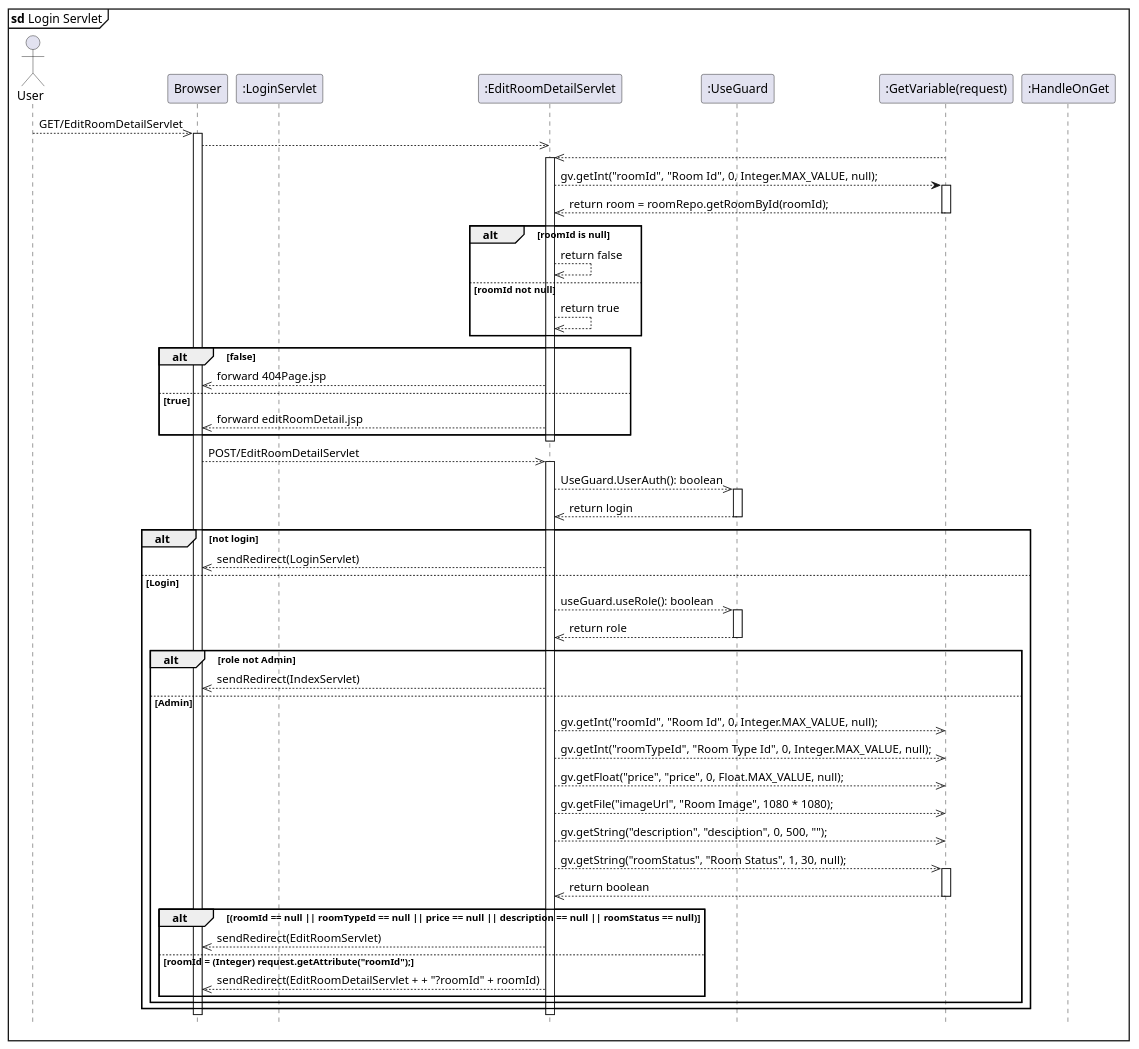
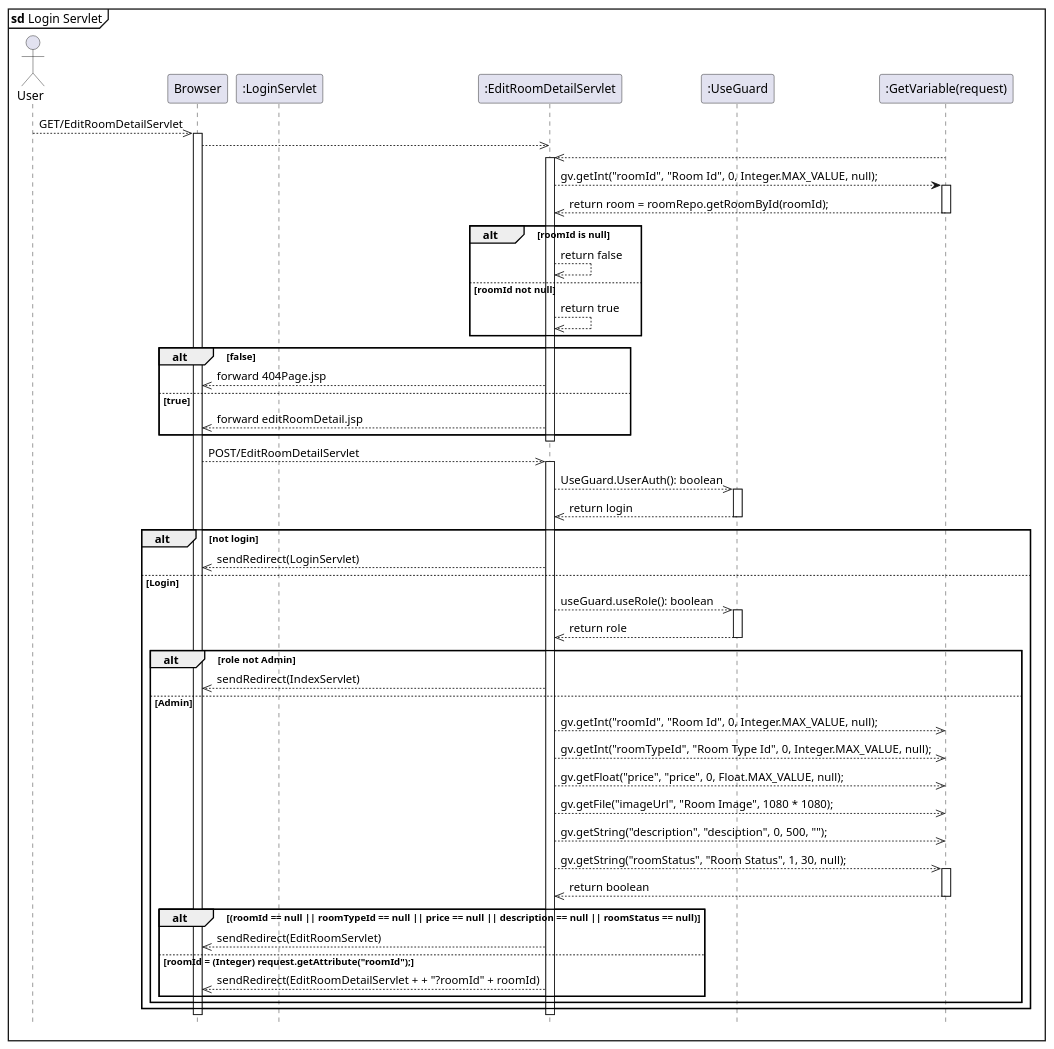
Before and after one commit to kainesv86/HKCBooking: the diagram in diagram/EditRoomDetailServlet.puml, drawn with PlantUML. The commit also changed 1 other file, not shown here.

Commit message:
RemoveCartItem diagram

```diff
--- a/diagram/EditRoomDetailServlet.puml
+++ b/diagram/EditRoomDetailServlet.puml
@@ -1,69 +1,69 @@
 hide footbox
 mainframe <b>sd</b> Login Servlet
 actor User
 participant "Browser" as Browser
 participant ":LoginServlet" as LoginServlet
 participant ":EditRoomDetailServlet" as EditRoomDetailServlet 
 participant ":UseGuard" as UseGuard
 participant ":GetVariable(request)" as GetVariable
-participant ":HandleOnGet" as HandleOnGet
+
 
 User -->> Browser: GET/EditRoomDetailServlet
 activate Browser
     Browser -->> EditRoomDetailServlet:
     
     GetVariable -->> EditRoomDetailServlet
     activate EditRoomDetailServlet
     
     EditRoomDetailServlet --> GetVariable: gv.getInt("roomId", "Room Id", 0, Integer.MAX_VALUE, null);
     activate GetVariable
         GetVariable -->> EditRoomDetailServlet: return room = roomRepo.getRoomById(roomId);
     deactivate GetVariable
     alt roomId is null
         EditRoomDetailServlet -->> EditRoomDetailServlet: return false
     else roomId not null
         EditRoomDetailServlet -->> EditRoomDetailServlet: return true
     end
     alt false
         EditRoomDetailServlet -->> Browser: forward 404Page.jsp
     else true
         EditRoomDetailServlet -->> Browser: forward editRoomDetail.jsp
     end
     deactivate EditRoomDetailServlet
 
 Browser -->> EditRoomDetailServlet: POST/EditRoomDetailServlet
     activate EditRoomDetailServlet
     EditRoomDetailServlet -->> UseGuard: UseGuard.UserAuth(): boolean
     activate UseGuard
         UseGuard -->> EditRoomDetailServlet: return login
     deactivate UseGuard
     alt not login
         EditRoomDetailServlet -->> Browser: sendRedirect(LoginServlet)
     else Login
     EditRoomDetailServlet -->> UseGuard: useGuard.useRole(): boolean
         activate UseGuard
         UseGuard -->> EditRoomDetailServlet: return role
         deactivate UseGuard
         alt role not Admin
             EditRoomDetailServlet -->> Browser: sendRedirect(IndexServlet)
         else Admin
             EditRoomDetailServlet -->> GetVariable: gv.getInt("roomId", "Room Id", 0, Integer.MAX_VALUE, null);
             EditRoomDetailServlet -->> GetVariable: gv.getInt("roomTypeId", "Room Type Id", 0, Integer.MAX_VALUE, null);
             EditRoomDetailServlet -->> GetVariable: gv.getFloat("price", "price", 0, Float.MAX_VALUE, null);
             EditRoomDetailServlet -->> GetVariable: gv.getFile("imageUrl", "Room Image", 1080 * 1080);
             EditRoomDetailServlet -->> GetVariable: gv.getString("description", "desciption", 0, 500, "");
             EditRoomDetailServlet -->> GetVariable: gv.getString("roomStatus", "Room Status", 1, 30, null);
             activate GetVariable
                 GetVariable -->> EditRoomDetailServlet: return boolean
             deactivate GetVariable
             alt (roomId == null || roomTypeId == null || price == null || description == null || roomStatus == null)
                 EditRoomDetailServlet -->> Browser: sendRedirect(EditRoomServlet)
             else roomId = (Integer) request.getAttribute("roomId");
                 
                 EditRoomDetailServlet -->> Browser:sendRedirect(EditRoomDetailServlet + + "?roomId" + roomId)
 
             end
         end
     end
     deactivate EditRoomDetailServlet
     deactivate Browser
```
